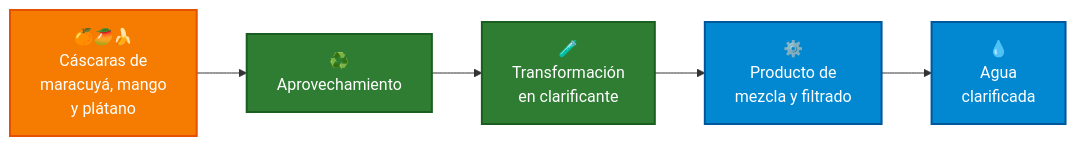
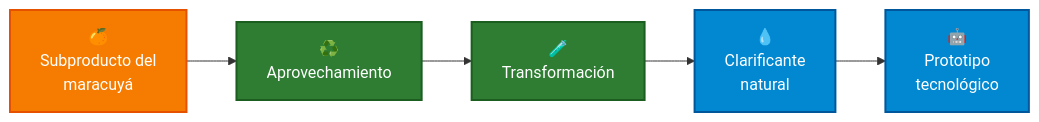
The third of 5 diagrams in README.md (BeyondNate/PI_Equipo_05), drawn with Mermaid before and after one commit. The commit also changed other lines of this file, not shown here.

````diff
--- a/README.md
+++ b/README.md
@@ -178,18 +212,18 @@
 ```mermaid
 flowchart LR
-    A["🍊🥭🍌<br/>Cáscaras de<br/>maracuyá, mango<br/>y plátano"]
+    A["🍊<br/>Subproducto del<br/>maracuyá"]
     B["♻️<br/>Aprovechamiento"]
-    C["🧪<br/>Transformación<br/>en clarificante"]
-    D["⚙️<br/>Producto de<br/>mezcla y filtrado"]
-    E["💧<br/>Agua<br/>clarificada"]
- 
+    C["🧪<br/>Transformación"]
+    D["💧<br/>Clarificante<br/>natural"]
+    E["🤖<br/>Prototipo<br/>tecnológico"]
+
     A --> B --> C --> D --> E
- 
+
     classDef resource fill:#F57C00,color:#FFFFFF,stroke:#E65100,stroke-width:2px;
     classDef circular fill:#2E7D32,color:#FFFFFF,stroke:#1B5E20,stroke-width:2px;
     classDef product fill:#0288D1,color:#FFFFFF,stroke:#01579B,stroke-width:2px;
- 
+
     class A resource;
     class B,C circular;
     class D,E product;
 ```
````
